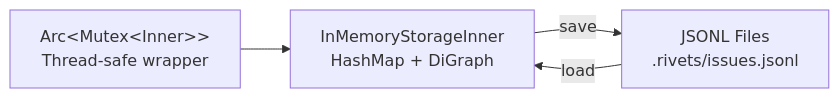
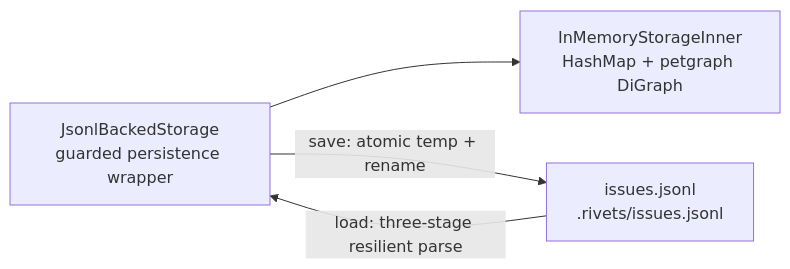
Before and after one commit to dwalleck/rivets: the second of 7 diagrams in docs/architecture.md, drawn with Mermaid. The commit also changed other lines of this file and 4 other files, not shown here.

````diff
--- a/docs/architecture.md
+++ b/docs/architecture.md
@@ -118,10 +149,10 @@
 ```mermaid
 graph LR
-    Inner[InMemoryStorageInner<br/>HashMap + DiGraph]
-    Wrapper[Arc&lt;Mutex&lt;Inner&gt;&gt;<br/>Thread-safe wrapper]
-    JSONL[JSONL Files<br/>.rivets/issues.jsonl]
+    Inner[InMemoryStorageInner<br/>HashMap + petgraph DiGraph]
+    Wrapper[JsonlBackedStorage<br/>guarded persistence wrapper]
+    JSONL[issues.jsonl<br/>.rivets/issues.jsonl]
 
     Wrapper --> Inner
-    Inner -->|save| JSONL
-    JSONL -->|load| Inner
+    Wrapper -->|save: atomic temp + rename| JSONL
+    JSONL -->|load: three-stage resilient parse| Wrapper
 ```
````
